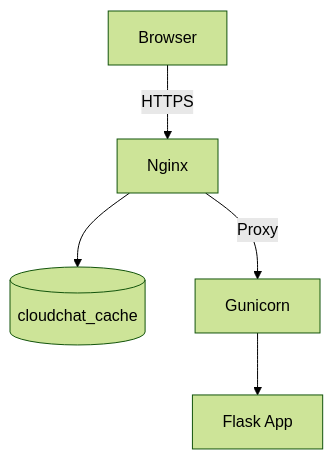
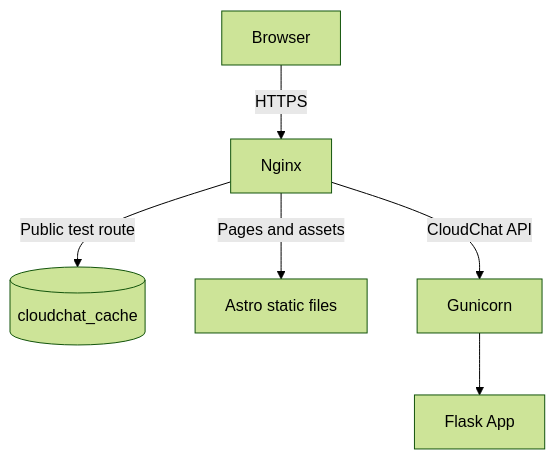
The diagram in README.md (RendaZhang/nginx-conf), drawn with Mermaid (forest theme) before and after one commit. The commit also changed other lines of this file, not shown here.

Commit message:
docs: explain static delivery and chat streaming

````diff
--- a/README.md
+++ b/README.md
@@ -71,12 +75,14 @@
 ```mermaid
 graph TD
   client[Browser]
   cache[(cloudchat_cache)]
   server[Nginx]
+  static[Astro static files]
   gunicorn[Gunicorn]
   flask[Flask App]
   client -->|HTTPS| server
-  server -->|Proxy| gunicorn
+  server -->|Pages and assets| static
+  server -->|CloudChat API| gunicorn
   gunicorn --> flask
-  server --> cache
+  server -->|Public test route| cache
 ```
````
